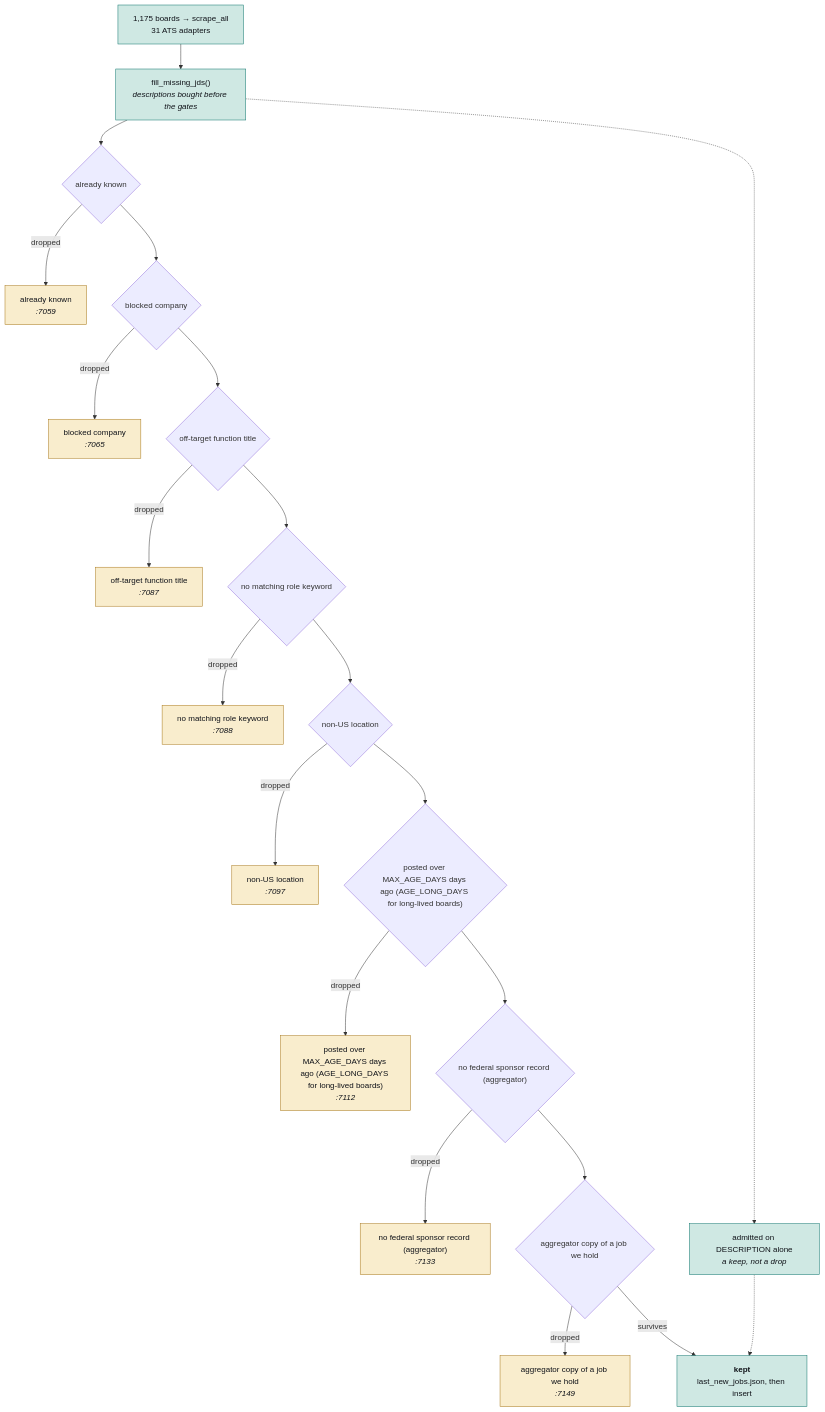
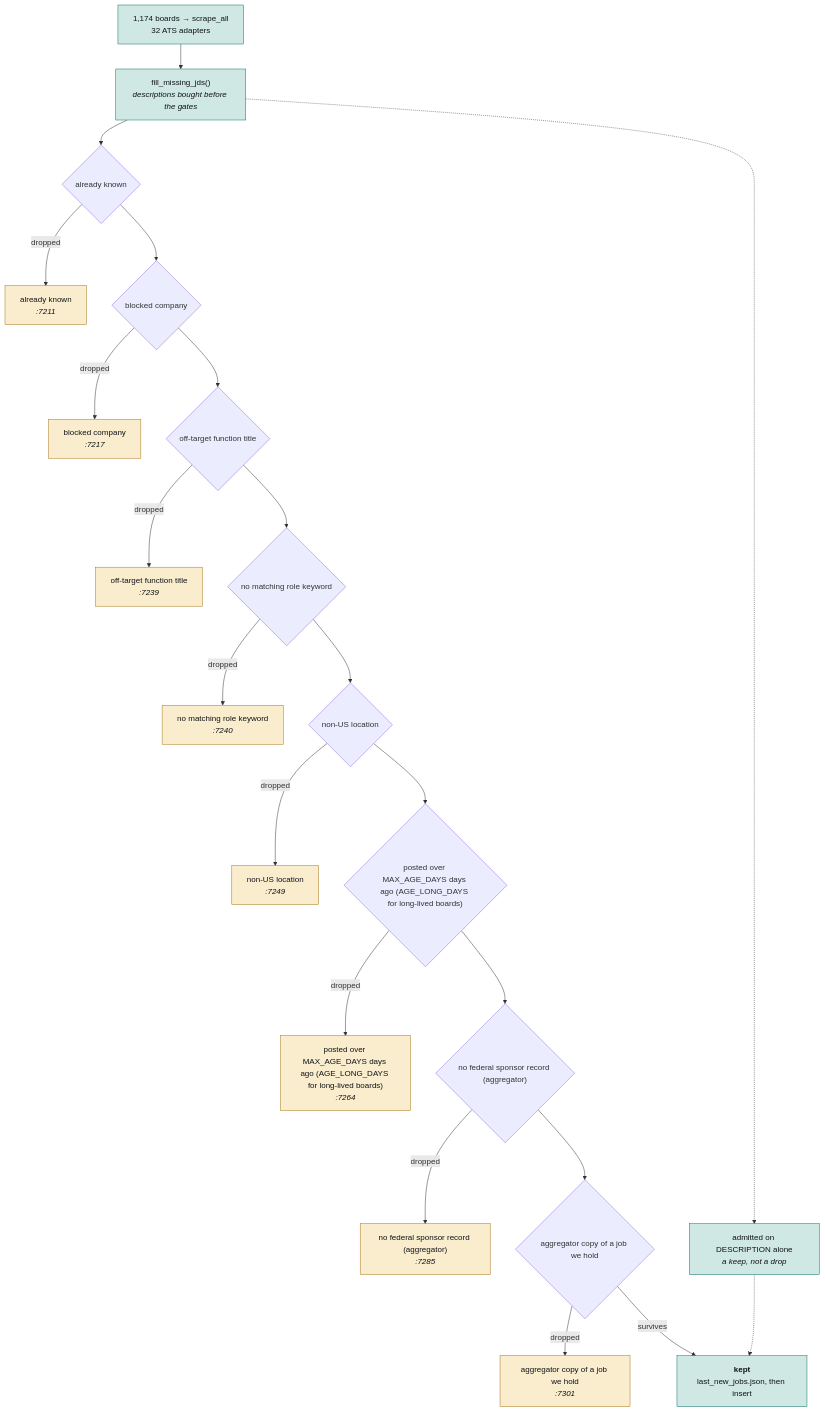
The second of 4 diagrams in JobMatch Scraper/docs/ARCHITECTURE.md (hadakunal909-debug/job-search-tool), drawn with Mermaid before and after one commit. The commit also changed other lines of this file and 10 other files, not shown here.

````diff
--- a/JobMatch Scraper/docs/ARCHITECTURE.md
+++ b/JobMatch Scraper/docs/ARCHITECTURE.md
@@ -106,54 +106,54 @@
 ```mermaid
 flowchart TB
-  SRC["1,175 boards → scrape_all<br/>31 ATS adapters"]
+  SRC["1,174 boards → scrape_all<br/>32 ATS adapters"]
   JD["fill_missing_jds()<br/><i>descriptions bought before the gates</i>"]
   SRC --> JD
   G0{"already known"}
-  D0["already known<br/><i>:7059</i>"]
+  D0["already known<br/><i>:7211</i>"]
   JD --> G0
   G0 -->|dropped| D0
   class D0 trap
   G1{"blocked company"}
-  D1["blocked company<br/><i>:7065</i>"]
+  D1["blocked company<br/><i>:7217</i>"]
   G0 --> G1
   G1 -->|dropped| D1
   class D1 trap
   G2{"off-target function title"}
-  D2["off-target function title<br/><i>:7087</i>"]
+  D2["off-target function title<br/><i>:7239</i>"]
   G1 --> G2
   G2 -->|dropped| D2
   class D2 trap
   G3{"no matching role keyword"}
-  D3["no matching role keyword<br/><i>:7088</i>"]
+  D3["no matching role keyword<br/><i>:7240</i>"]
   G2 --> G3
   G3 -->|dropped| D3
   class D3 trap
   G4{"non-US location"}
-  D4["non-US location<br/><i>:7097</i>"]
+  D4["non-US location<br/><i>:7249</i>"]
   G3 --> G4
   G4 -->|dropped| D4
   class D4 trap
   G5{"posted over MAX_AGE_DAYS days ago (AGE_LONG_DAYS for long-lived boards)"}
-  D5["posted over MAX_AGE_DAYS days ago (AGE_LONG_DAYS for long-lived boards)<br/><i>:7112</i>"]
+  D5["posted over MAX_AGE_DAYS days ago (AGE_LONG_DAYS for long-lived boards)<br/><i>:7264</i>"]
   G4 --> G5
   G5 -->|dropped| D5
   class D5 trap
   G6{"no federal sponsor record (aggregator)"}
-  D6["no federal sponsor record (aggregator)<br/><i>:7133</i>"]
+  D6["no federal sponsor record (aggregator)<br/><i>:7285</i>"]
   G5 --> G6
   G6 -->|dropped| D6
   class D6 trap
   G7{"aggregator copy of a job we hold"}
-  D7["aggregator copy of a job we hold<br/><i>:7149</i>"]
+  D7["aggregator copy of a job we hold<br/><i>:7301</i>"]
   G6 --> G7
   G7 -->|dropped| D7
   class D7 trap
   KEEP["<b>kept</b><br/>last_new_jobs.json, then insert"]
   G7 -->|survives| KEEP
   RESCUE["admitted on DESCRIPTION alone<br/><i>a keep, not a drop</i>"]
   JD -.-> RESCUE
   RESCUE -.-> KEEP
   classDef trap fill:#f9edcd,stroke:#a8781a,color:#101319
   classDef sched fill:#cfe8e3,stroke:#0f766e,color:#101319
   class SRC,JD,KEEP,RESCUE sched
 ```
````
